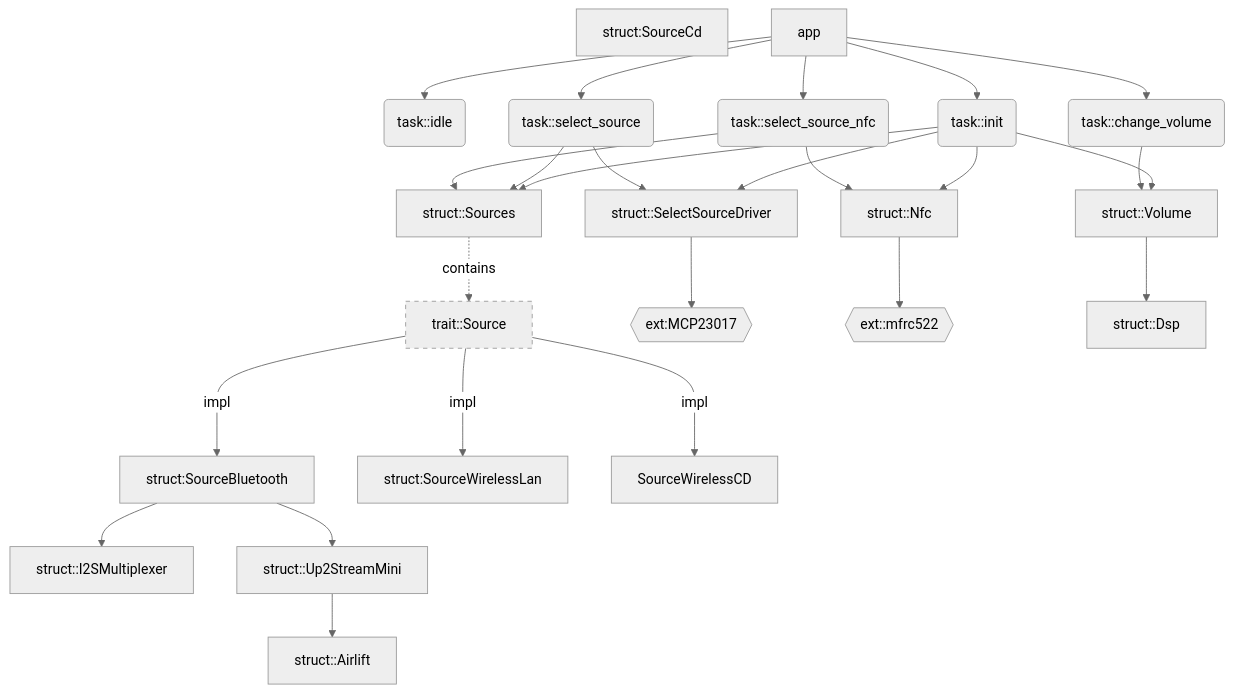
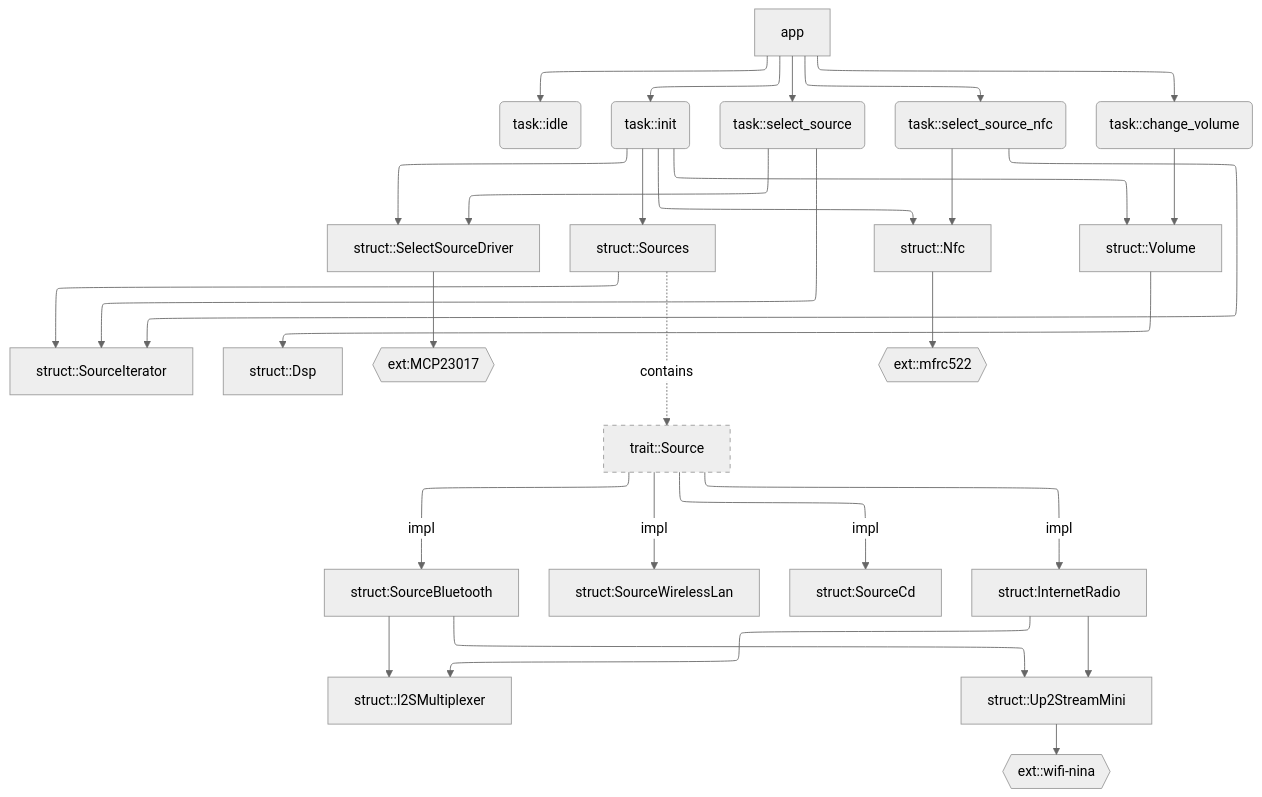
Before and after one commit to adoble/modular-audio: the diagram in docs/model/dependencies/dependencies.md, drawn with Mermaid (neutral theme).

Commit message:
Updated dependencies diagram

````diff
--- a/docs/model/dependencies/dependencies.md
+++ b/docs/model/dependencies/dependencies.md
@@ -3,64 +3,83 @@
 ```mermaid
-
+%%{init: {"flowchart": {"defaultRenderer": "elk"}} }%%
 flowchart TB
-    %% ----- Components -----%%
+    %% ----- tasks -----
     idle(task::idle)
     init(task::init)
     select_source(task::select_source)
     select_source_nfc(task::select_source_nfc)
+    change_volume(task::change_volume)
+    
+    %% ---- structs & traits ------- 
     SelectSourceDriver[struct::SelectSourceDriver]:::struct
     Sources[struct::Sources]:::struct
+    SourceIterator[struct::SourceIterator]:::struct
     Source[trait::Source]:::trait
     I2SMultiplexer[struct::I2SMultiplexer]:::struct
     Up2StreamMini[struct::Up2StreamMini]:::struct
     nfc[struct::Nfc]:::struct
-    airlift[struct::Airlift]:::struct
-    MCP23017{{ext:MCP23017}}
-    mfrc522{{ext::mfrc522}}
-    change_volume(task::change_volume)
     volume[struct::Volume]:::struct
-    dsp[struct::Dsp]
+    dsp[struct::Dsp]:::struct
 
+    %% ----- source structs ------- 
     SourceBluetooth[struct:SourceBluetooth]:::struct
     SourceWirelessLan[struct:SourceWirelessLan]:::struct
     SourceCd[struct:SourceCd]:::struct
+    SourceInternetRadio[struct:InternetRadio]:::struct
+
+
+    %% ------ external libraries ------ 
+    MCP23017{{ext:MCP23017}}
+    mfrc522{{ext::mfrc522}}
+    wifi-nina{{ext::wifi-nina}}
+
+
 
     app --> idle
     app --> init 
     init --> SelectSourceDriver
     init --> Sources
     init --> volume
     init --> nfc
 
+    Sources --> SourceIterator 
+
     app --> select_source
     select_source --> SelectSourceDriver
-    select_source --> Sources
+    select_source --> SourceIterator
     SelectSourceDriver --> MCP23017
 
     app--> select_source_nfc
-    select_source_nfc --> Sources
+    select_source_nfc --> SourceIterator
     select_source_nfc --> nfc --> mfrc522
 
-    Sources -.->|contains| Source
+    Sources -..->|contains| Source
 
     Source --->|impl| SourceBluetooth
     Source --->|impl| SourceWirelessLan
-    Source --->|impl| SourceWirelessCD
+    Source --->|impl| SourceCd
+    Source --->|impl| SourceInternetRadio
 
 
     SourceBluetooth --> I2SMultiplexer
-    SourceBluetooth --> Up2StreamMini  --> airlift
+    SourceBluetooth --> Up2StreamMini
+
+    SourceInternetRadio --> I2SMultiplexer
+    SourceInternetRadio --> Up2StreamMini
+    
+    Up2StreamMini  --> wifi-nina
+
     
     app-->change_volume
     volume-->dsp
     change_volume-->volume
 
     
     %%Class Defs%%
     classDef struct fill:tranparent
     classDef trait stroke-dasharray:5 5
 
 
 
 
 ```
````
